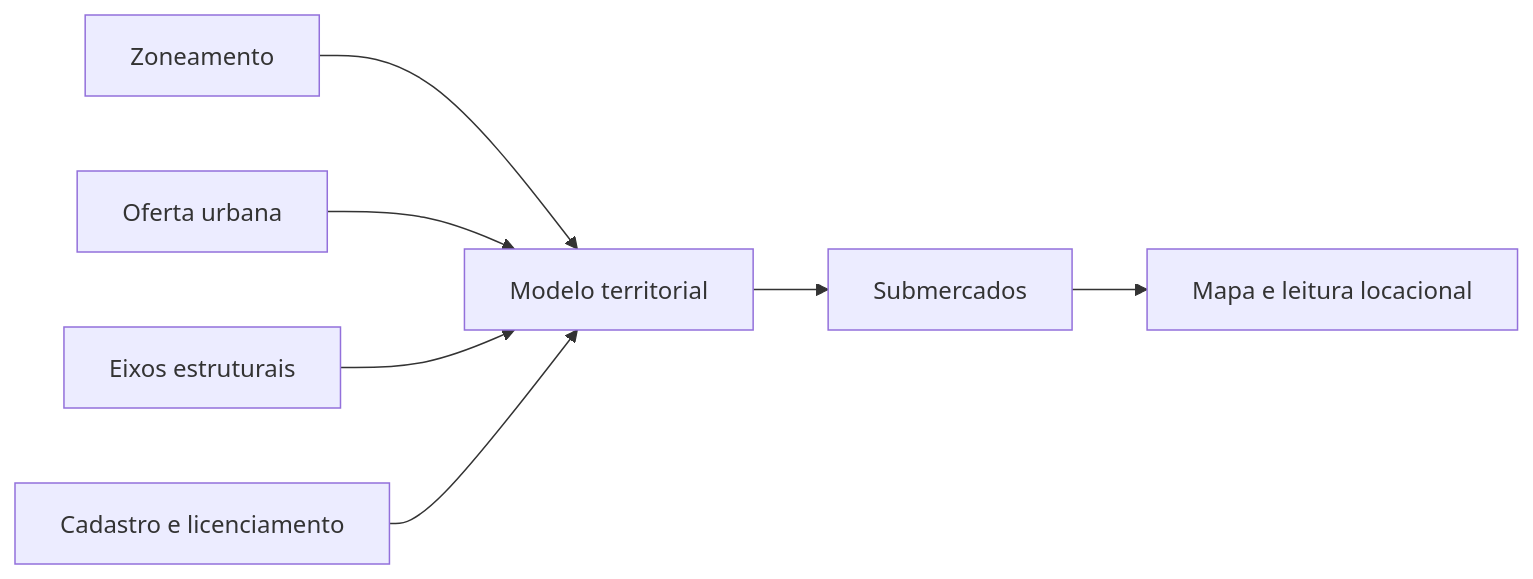
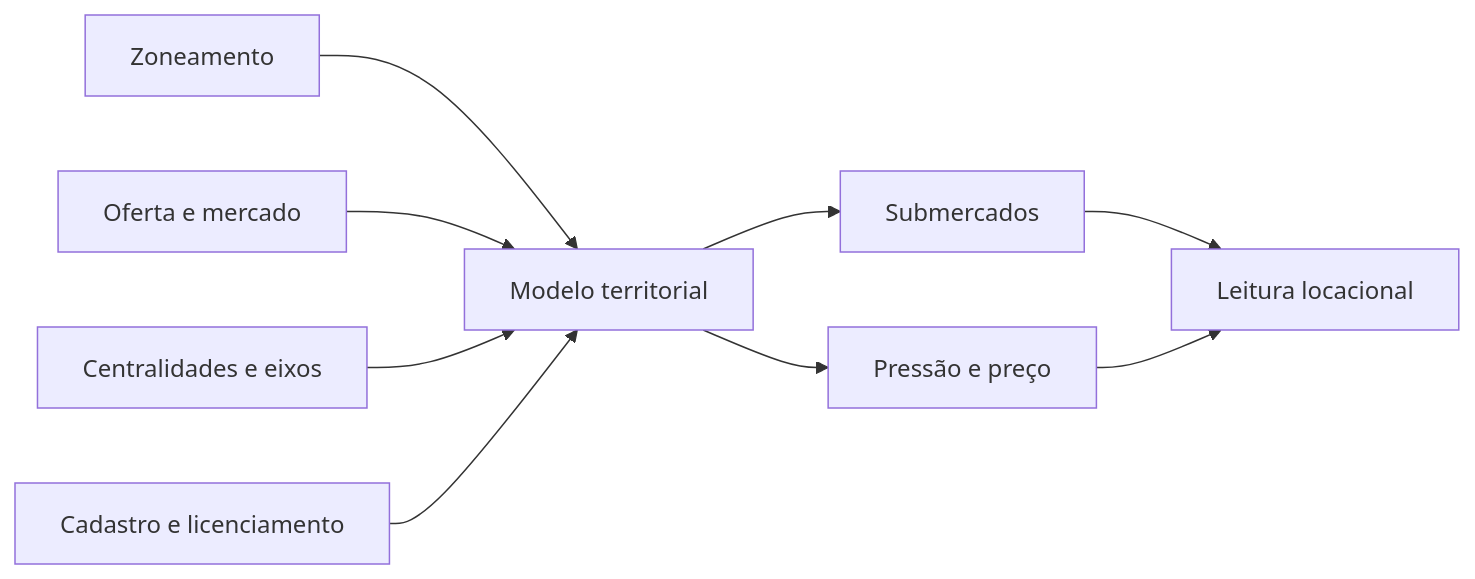
Before and after one commit to Manoela-Calabresi-Portfolio/Manoela-Calabresi-Portfolio: the diagram in casos/atlas-curitiba.pt-BR.md, drawn with Mermaid. The commit also changed other lines of this file and 2 other files, not shown here.

````diff
--- a/casos/atlas-curitiba.pt-BR.md
+++ b/casos/atlas-curitiba.pt-BR.md
@@ -16,9 +32,11 @@
 ```mermaid
 flowchart LR
     A[Zoneamento] --> E[Modelo territorial]
-    B[Oferta urbana] --> E
-    C[Eixos estruturais] --> E
+    B[Oferta e mercado] --> E
+    C[Centralidades e eixos] --> E
     D[Cadastro e licenciamento] --> E
     E --> F[Submercados]
-    F --> G[Mapa e leitura locacional]
+    E --> G[Pressão e preço]
+    F --> H[Leitura locacional]
+    G --> H
 ```
````
